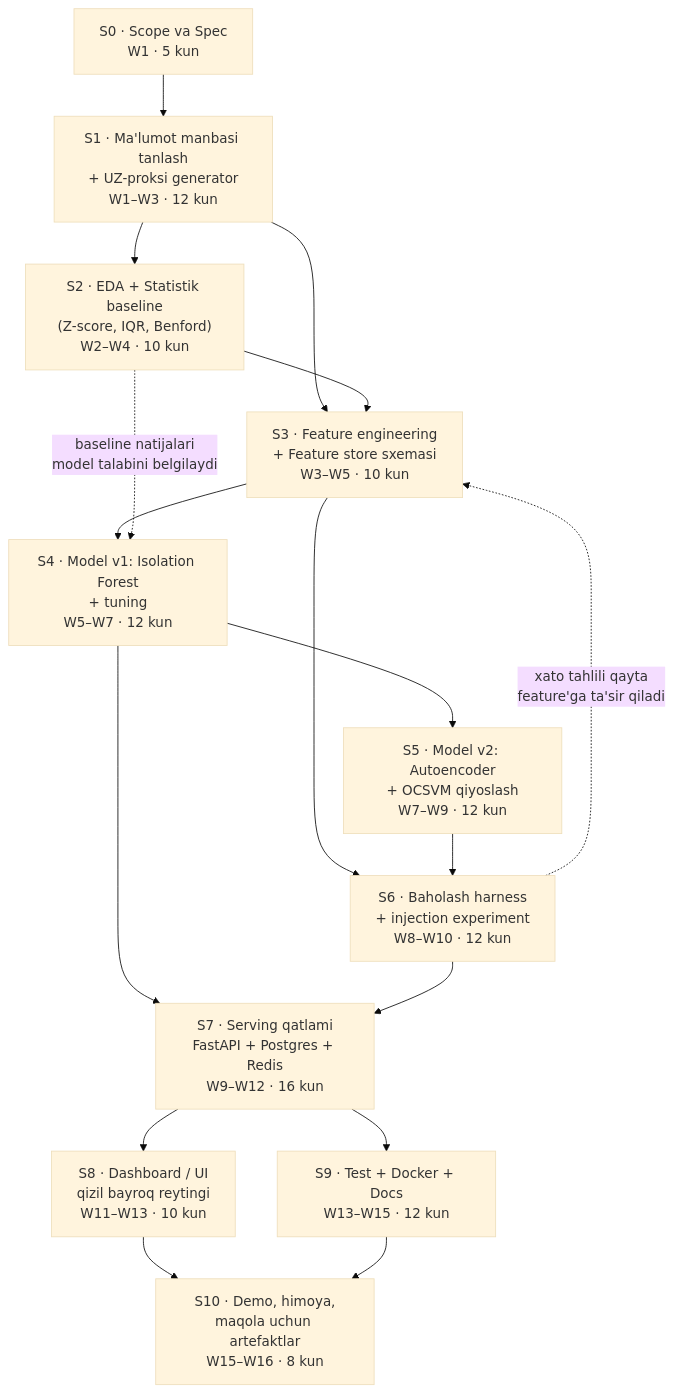
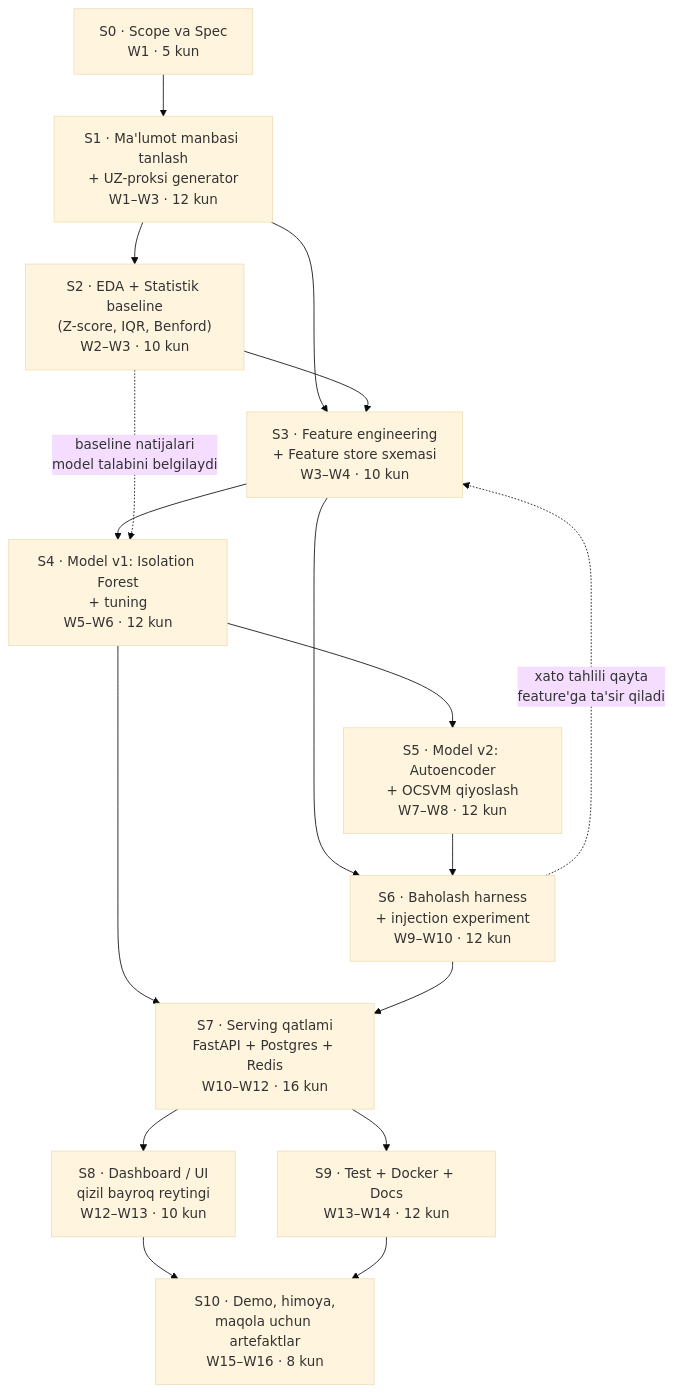
One commit to jasur-ai/minds changed the first of 3 diagrams in 22-ShaxsiyTadqiqot/Loyihalar/Loyiha1-CarbonEmission/TZ-Anomaliya-Monitoring.md. Above: the diagram before and after it, drawn with Mermaid (base theme). The commit also changed other lines of this file and 7 other files, not shown here.

````diff
--- a/22-ShaxsiyTadqiqot/Loyihalar/Loyiha1-CarbonEmission/TZ-Anomaliya-Monitoring.md
+++ b/22-ShaxsiyTadqiqot/Loyihalar/Loyiha1-CarbonEmission/TZ-Anomaliya-Monitoring.md
@@ -102,20 +117,20 @@
 ```mermaid
 flowchart TD
     S0["S0 · Scope va Spec<br/>W1 · 5 kun"] --> S1["S1 · Ma'lumot manbasi tanlash<br/>+ UZ-proksi generator<br/>W1–W3 · 12 kun"]
-    S1 --> S2["S2 · EDA + Statistik baseline<br/>(Z-score, IQR, Benford)<br/>W2–W4 · 10 kun"]
-    S1 --> S3["S3 · Feature engineering<br/>+ Feature store sxemasi<br/>W3–W5 · 10 kun"]
+    S1 --> S2["S2 · EDA + Statistik baseline<br/>(Z-score, IQR, Benford)<br/>W2–W3 · 10 kun"]
+    S1 --> S3["S3 · Feature engineering<br/>+ Feature store sxemasi<br/>W3–W4 · 10 kun"]
     S2 --> S3
-    S3 --> S4["S4 · Model v1: Isolation Forest<br/>+ tuning<br/>W5–W7 · 12 kun"]
-    S4 --> S5["S5 · Model v2: Autoencoder<br/>+ OCSVM qiyoslash<br/>W7–W9 · 12 kun"]
-    S3 --> S6["S6 · Baholash harness<br/>+ injection experiment<br/>W8–W10 · 12 kun"]
+    S3 --> S4["S4 · Model v1: Isolation Forest<br/>+ tuning<br/>W5–W6 · 12 kun"]
+    S4 --> S5["S5 · Model v2: Autoencoder<br/>+ OCSVM qiyoslash<br/>W7–W8 · 12 kun"]
+    S3 --> S6["S6 · Baholash harness<br/>+ injection experiment<br/>W9–W10 · 12 kun"]
     S5 --> S6
-    S4 --> S7["S7 · Serving qatlami<br/>FastAPI + Postgres + Redis<br/>W9–W12 · 16 kun"]
+    S4 --> S7["S7 · Serving qatlami<br/>FastAPI + Postgres + Redis<br/>W10–W12 · 16 kun"]
     S6 --> S7
-    S7 --> S8["S8 · Dashboard / UI<br/>qizil bayroq reytingi<br/>W11–W13 · 10 kun"]
-    S7 --> S9["S9 · Test + Docker + Docs<br/>W13–W15 · 12 kun"]
+    S7 --> S8["S8 · Dashboard / UI<br/>qizil bayroq reytingi<br/>W12–W13 · 10 kun"]
+    S7 --> S9["S9 · Test + Docker + Docs<br/>W13–W14 · 12 kun"]
     S8 --> S10["S10 · Demo, himoya,<br/>maqola uchun artefaktlar<br/>W15–W16 · 8 kun"]
     S9 --> S10
 
     S2 -.->|"baseline natijalari<br/>model talabini belgilaydi"| S4
     S6 -.->|"xato tahlili qayta<br/>feature'ga ta'sir qiladi"| S3
 ```
````
